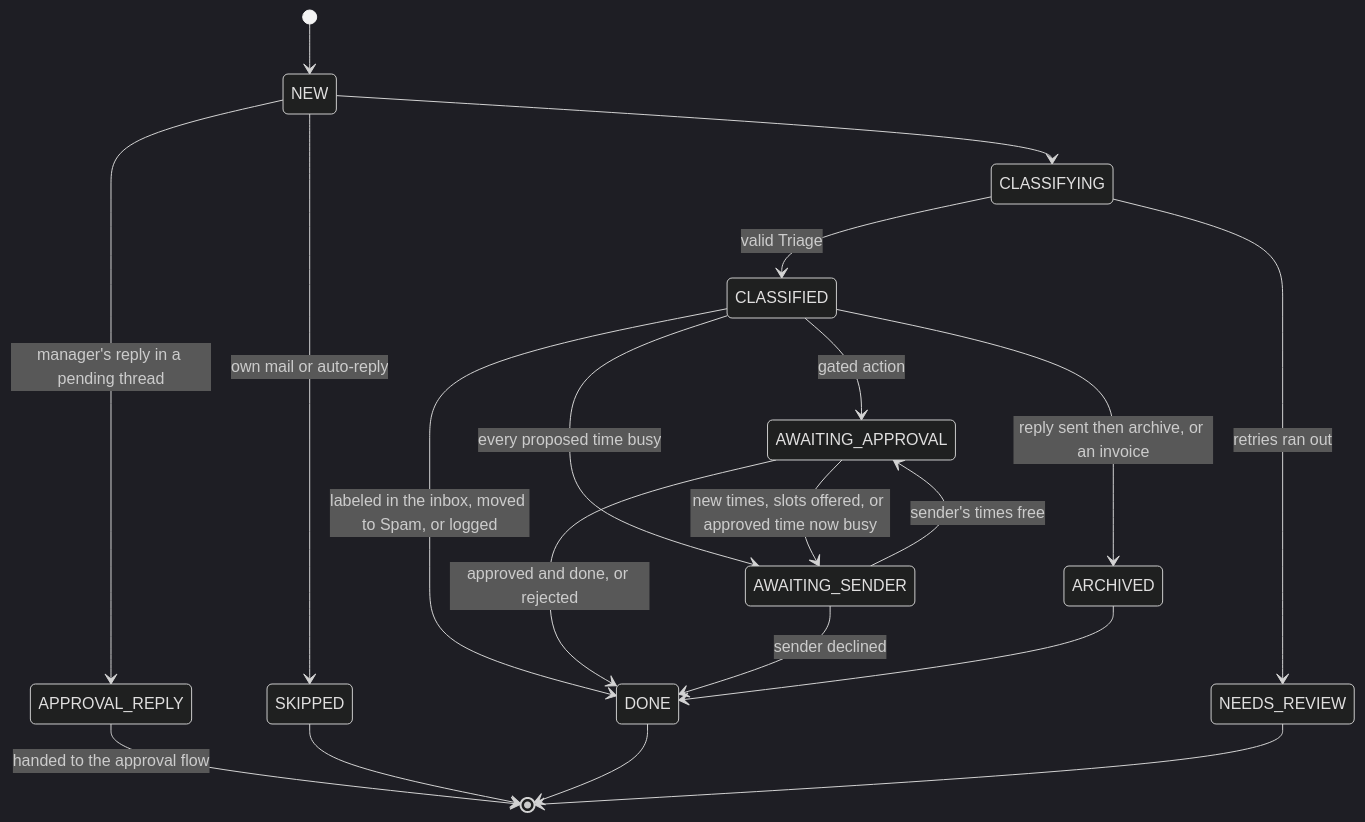
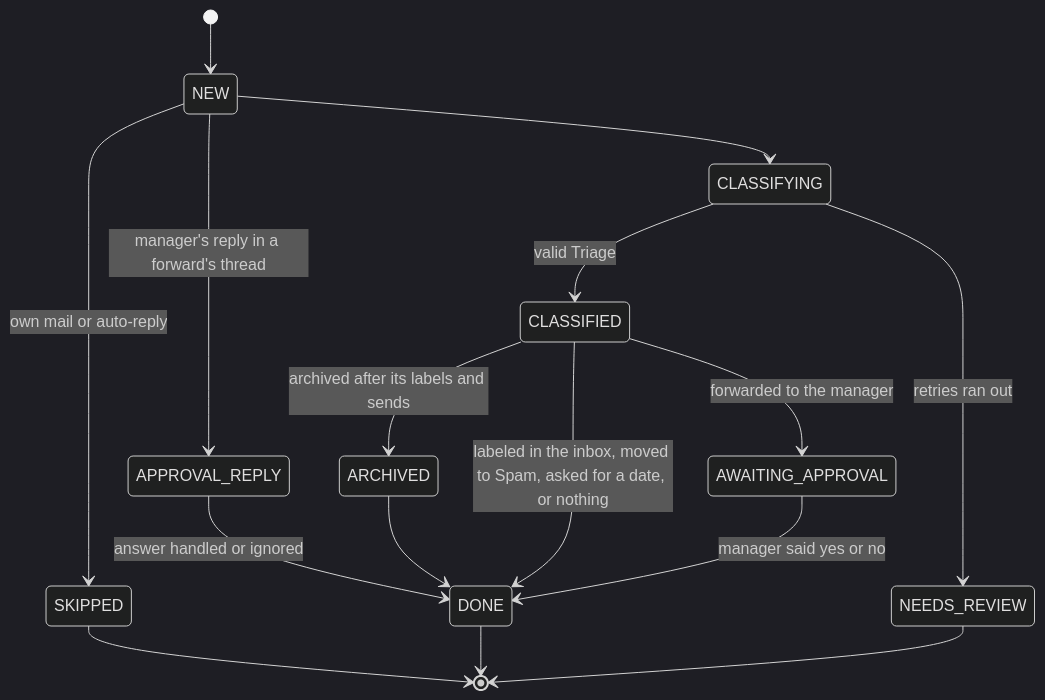
Before and after one commit to andreicaminschi/ai-email-assistant: the diagram in docs/state-audit.md, drawn with Mermaid (dark theme). The commit also changed other lines of this file and 41 other files, not shown here.

First line of the commit message:
docs: simplify flows to per-pair handlers and yes/no approval

````diff
--- a/docs/state-audit.md
+++ b/docs/state-audit.md
@@ -41,22 +38,18 @@
 ```mermaid
 stateDiagram-v2
     [*] --> NEW
     NEW --> SKIPPED: own mail or auto-reply
-    NEW --> APPROVAL_REPLY: manager's reply in a pending thread
+    NEW --> APPROVAL_REPLY: manager's reply in a forward's thread
     NEW --> CLASSIFYING
     CLASSIFYING --> CLASSIFIED: valid Triage
     CLASSIFYING --> NEEDS_REVIEW: retries ran out
-    CLASSIFIED --> ARCHIVED: reply sent then archive, or an invoice
-    CLASSIFIED --> DONE: labeled in the inbox, moved to Spam, or logged
-    CLASSIFIED --> AWAITING_APPROVAL: gated action
-    CLASSIFIED --> AWAITING_SENDER: every proposed time busy
-    AWAITING_APPROVAL --> AWAITING_SENDER: new times, slots offered, or approved time now busy
-    AWAITING_SENDER --> AWAITING_APPROVAL: sender's times free
-    AWAITING_APPROVAL --> DONE: approved and done, or rejected
-    AWAITING_SENDER --> DONE: sender declined
+    CLASSIFIED --> ARCHIVED: archived after its labels and sends
+    CLASSIFIED --> DONE: labeled in the inbox, moved to Spam, asked for a date, or nothing
+    CLASSIFIED --> AWAITING_APPROVAL: forwarded to the manager
+    AWAITING_APPROVAL --> DONE: manager said yes or no
     ARCHIVED --> DONE
-    APPROVAL_REPLY --> [*]: handed to the approval flow
+    APPROVAL_REPLY --> DONE: answer handled or ignored
     SKIPPED --> [*]
     DONE --> [*]
     NEEDS_REVIEW --> [*]
 ```
````
